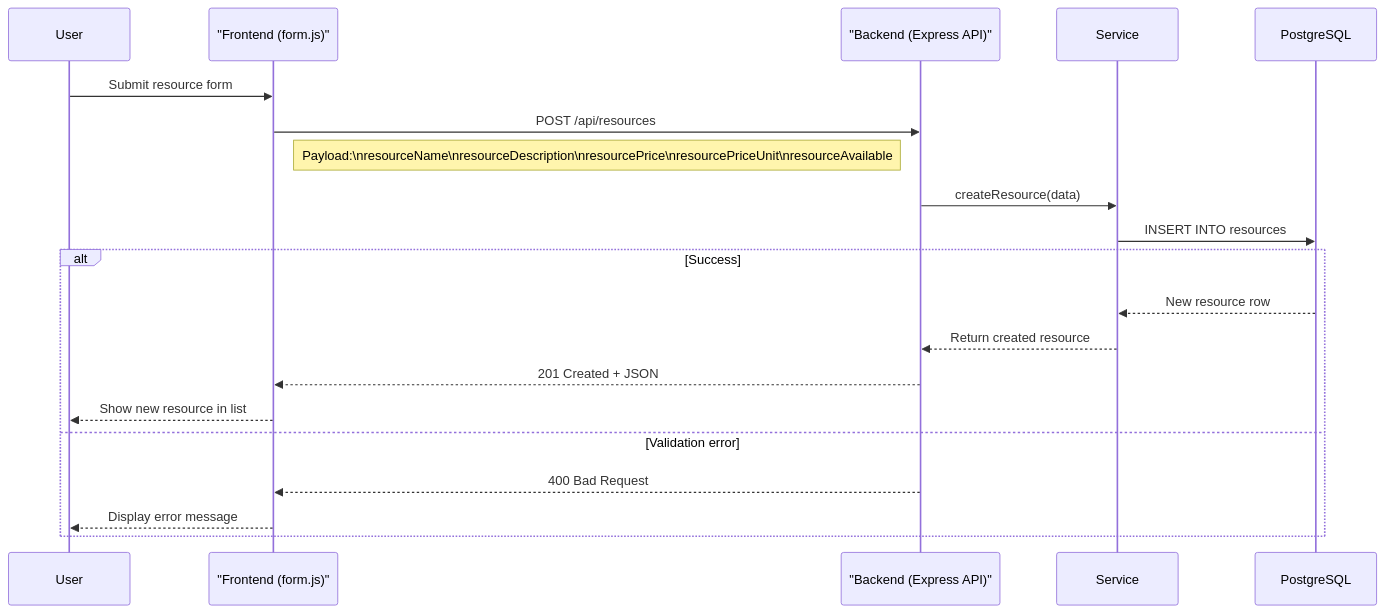
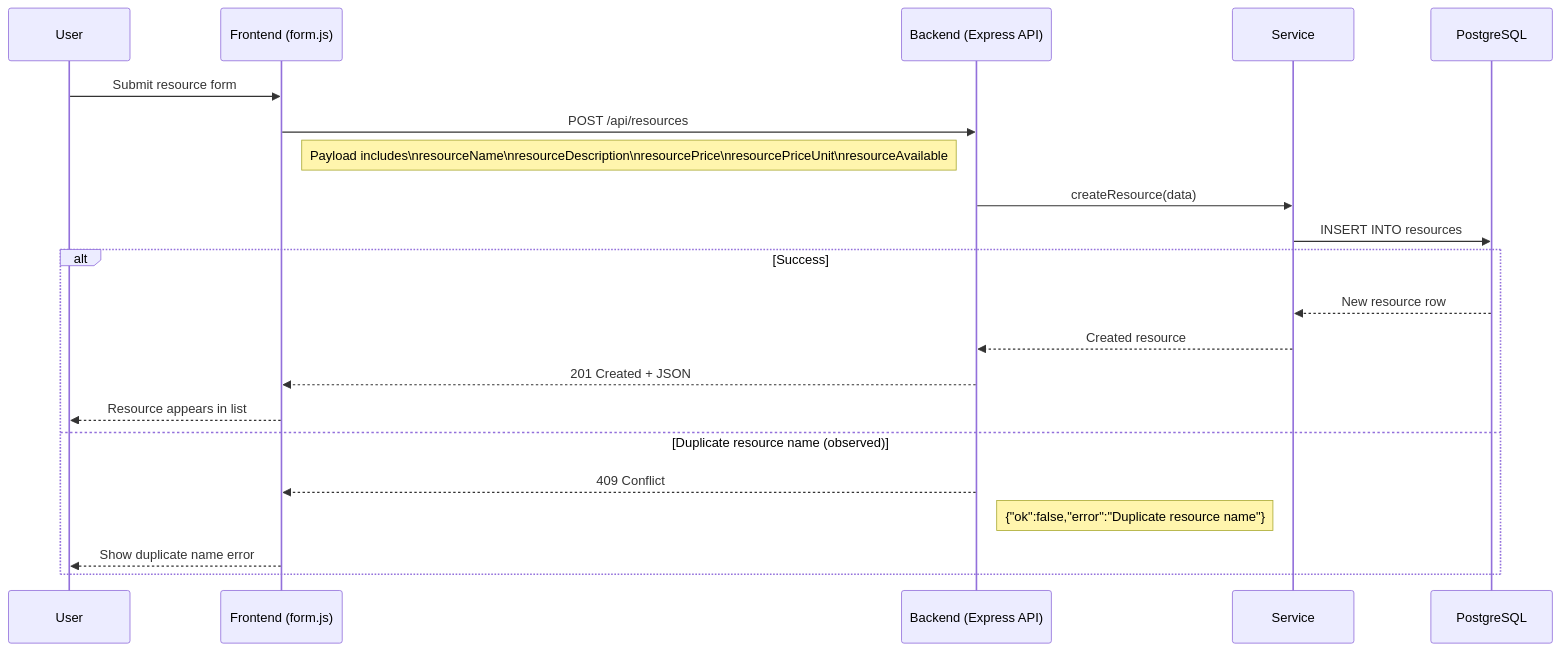
Before and after one commit to Mikko-Saari/WebkehitADV-testi: the first of 4 diagrams in BookingSystemPhase6/Mermaid.md, drawn with Mermaid. The commit also changed other lines of this file, not shown here.

Commit message:
Korjattu aikasempi väärä mermaid

````diff
--- a/BookingSystemPhase6/Mermaid.md
+++ b/BookingSystemPhase6/Mermaid.md
@@ -3,26 +7,29 @@
 ```mermaid
 sequenceDiagram
     participant User
-    participant Frontend_form as "Frontend (form.js)"
-    participant Backend_API as "Backend (Express API)"
+    participant Frontend (form.js)
+    participant Backend (Express API)
     participant Service
     participant PostgreSQL
 
-    User->>Frontend_form: Submit resource form
-    Frontend_form->>Backend_API: POST /api/resources
+    User->>Frontend (form.js): Submit resource form
+    Frontend (form.js)->>Backend (Express API): POST /api/resources
 
-    Note right of Frontend_form: Payload:\nresourceName\nresourceDescription\nresourcePrice\nresourcePriceUnit\nresourceAvailable
+    Note right of Frontend (form.js): Payload includes\nresourceName\nresourceDescription\nresourcePrice\nresourcePriceUnit\nresourceAvailable
 
-    Backend_API->>Service: createResource(data)
+    Backend (Express API)->>Service: createResource(data)
     Service->>PostgreSQL: INSERT INTO resources
 
     alt Success
         PostgreSQL-->>Service: New resource row
-        Service-->>Backend_API: Return created resource
-        Backend_API-->>Frontend_form: 201 Created + JSON
-        Frontend_form-->>User: Show new resource in list
-    else Validation error
-        Backend_API-->>Frontend_form: 400 Bad Request
-        Frontend_form-->>User: Display error message
+        Service-->>Backend (Express API): Created resource
+        Backend (Express API)-->>Frontend (form.js): 201 Created + JSON
+        Frontend (form.js)-->>User: Resource appears in list
+
+    else Duplicate resource name (observed)
+        Backend (Express API)-->>Frontend (form.js): 409 Conflict
+        Note right of Backend (Express API): {"ok":false,"error":"Duplicate resource name"}
+        Frontend (form.js)-->>User: Show duplicate name error
+
     end
 ```
````
